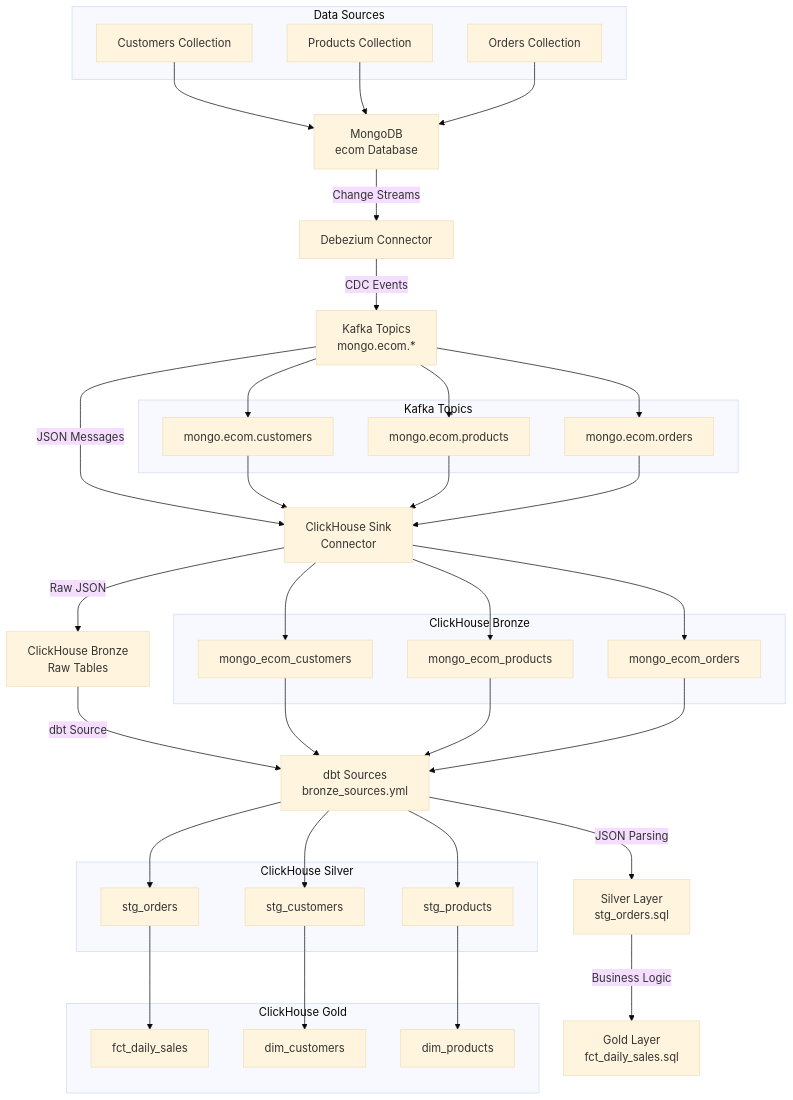
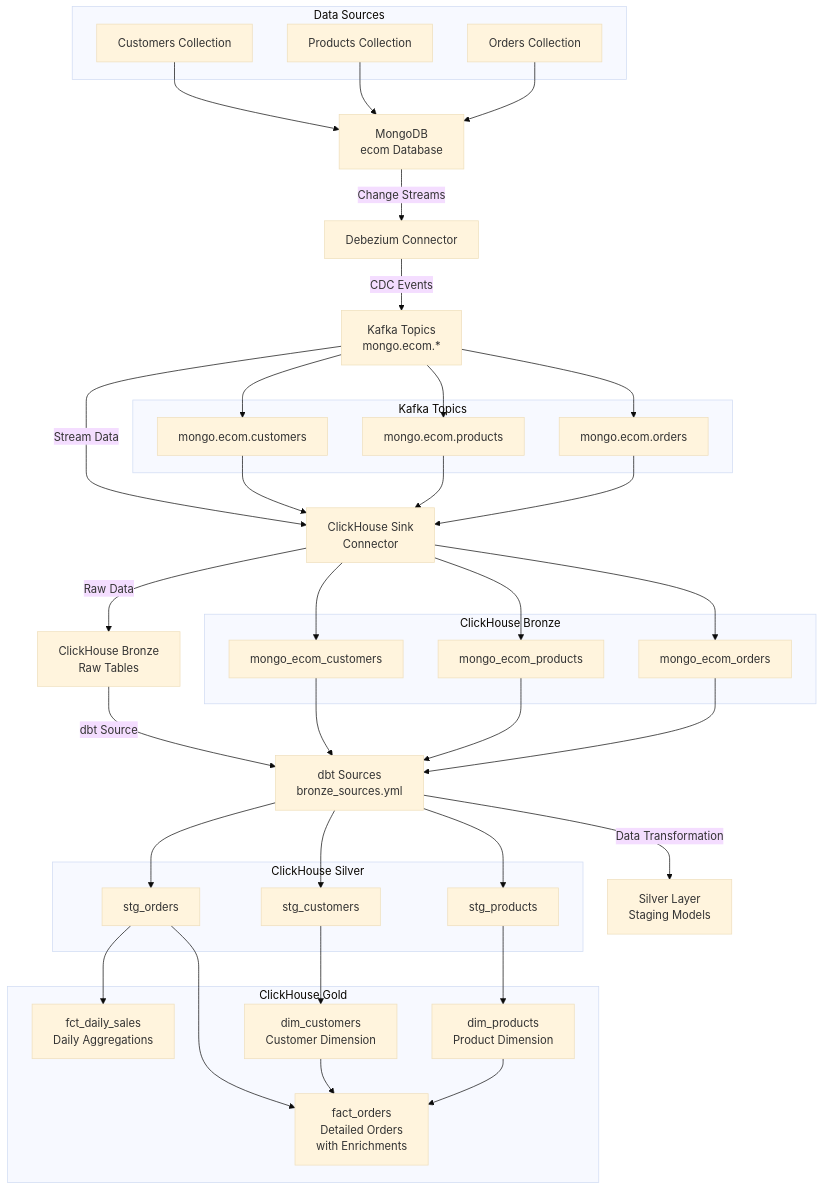
Before and after one commit to alponkk/Change-Data-Capture-E-Commerce: the diagram in README.md, drawn with Mermaid (base theme). The commit also changed other lines of this file, not shown here.

First line of the commit message:
Update README to enhance documentation of ClickHouse models and analytics use cases

````diff
--- a/README.md
+++ b/README.md
@@ -192,69 +196,72 @@
 ```mermaid
 graph TD
     A[MongoDB<br/>ecom Database] -->|Change Streams| B[Debezium Connector]
     B -->|CDC Events| C[Kafka Topics<br/>mongo.ecom.*]
-    C -->|JSON Messages| D[ClickHouse Sink<br/>Connector]
-    D -->|Raw JSON| E[ClickHouse Bronze<br/>Raw Tables]
+    C -->|Stream Data| D[ClickHouse Sink<br/>Connector]
+    D -->|Raw Data| E[ClickHouse Bronze<br/>Raw Tables]
     
     E -->|dbt Source| F[dbt Sources<br/>bronze_sources.yml]
-    F -->|JSON Parsing| G[Silver Layer<br/>stg_orders.sql]
-    G -->|Business Logic| H[Gold Layer<br/>fct_daily_sales.sql]
+    F -->|Data Transformation| G[Silver Layer<br/>Staging Models]
     
     subgraph "Data Sources"
         A1[Customers Collection]
         A2[Products Collection] 
         A3[Orders Collection]
     end
     
     subgraph "Kafka Topics"
         C1[mongo.ecom.customers]
         C2[mongo.ecom.products]
         C3[mongo.ecom.orders]
     end
     
     subgraph "ClickHouse Bronze"
         E1[mongo_ecom_customers]
         E2[mongo_ecom_products]
         E3[mongo_ecom_orders]
     end
     
     subgraph "ClickHouse Silver"
         G1[stg_customers]
         G2[stg_products]
         G3[stg_orders]
     end
     
     subgraph "ClickHouse Gold"
-        H1[fct_daily_sales]
-        H2[dim_customers]
-        H3[dim_products]
+        H1[fct_daily_sales<br/>Daily Aggregations]
+        H2[dim_customers<br/>Customer Dimension]
+        H3[dim_products<br/>Product Dimension]
+        H4[fact_orders<br/>Detailed Orders<br/>with Enrichments]
     end
     
     A1 --> A
     A2 --> A
     A3 --> A
     
     C --> C1
     C --> C2
     C --> C3
     
     C1 --> D
     C2 --> D
     C3 --> D
     
     D --> E1
     D --> E2
     D --> E3
     
     E1 --> F
     E2 --> F
     E3 --> F
     
     F --> G1
     F --> G2
     F --> G3
     
-    G3 --> H1
     G1 --> H2
     G2 --> H3
+    G3 --> H1
+    G3 --> H4
+    H2 --> H4
+    H3 --> H4
 ```
````
